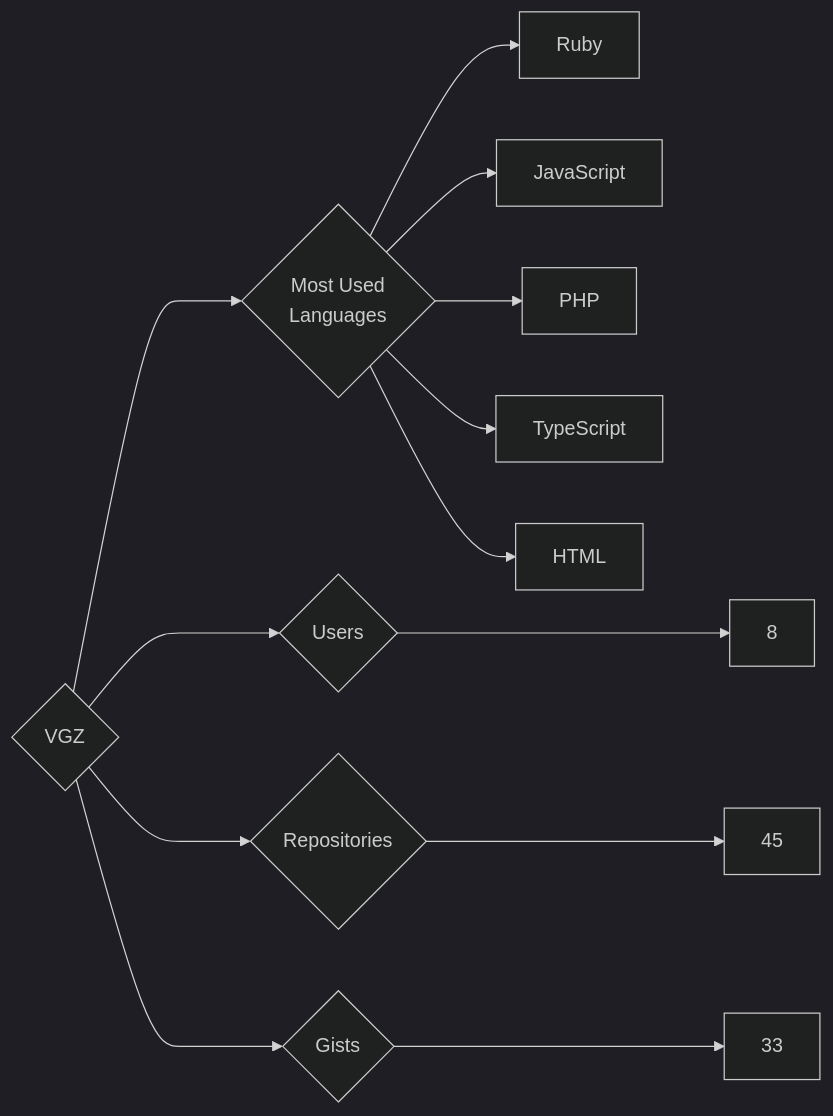
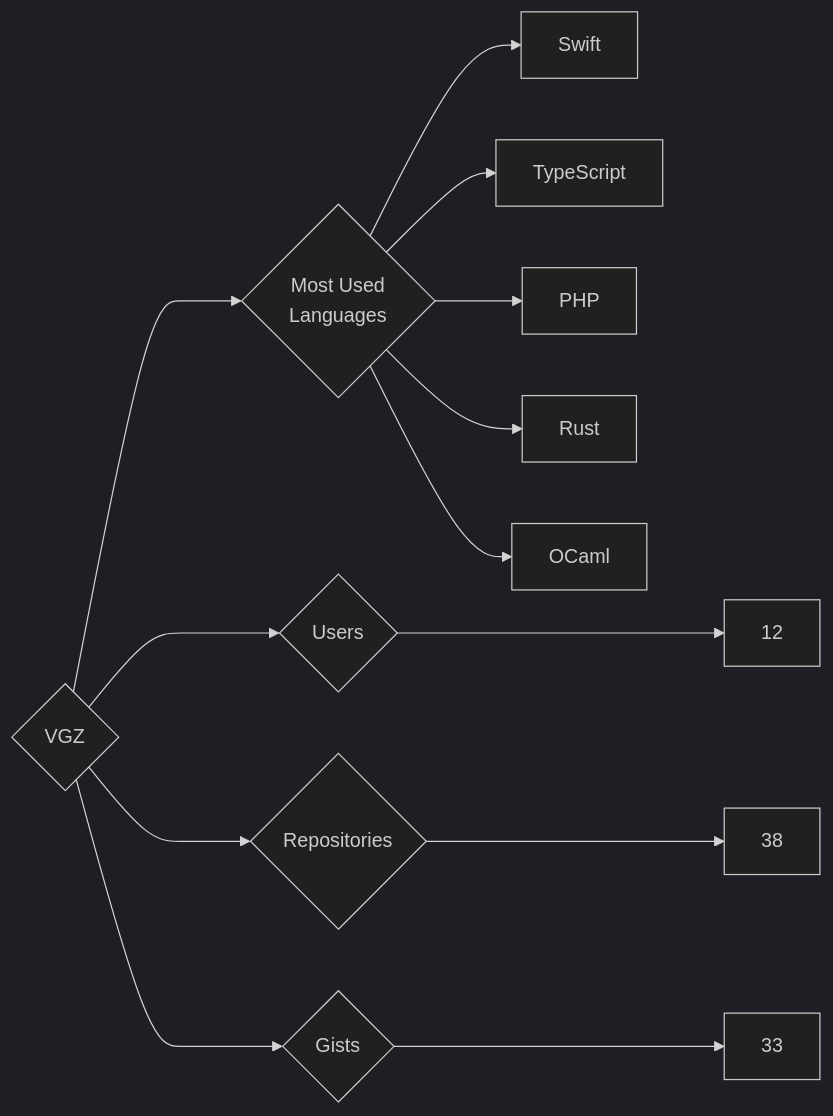
One commit to trickest/insiders changed the diagram in targets/VGZ/README.md. Above: the diagram before and after it, drawn with Mermaid (dark theme). The commit also changed 682 other files, not shown here.

````diff
--- a/targets/VGZ/README.md
+++ b/targets/VGZ/README.md
@@ -3,13 +3,13 @@
 ```mermaid
 graph LR
 COMPANY_NAME{VGZ}
-COMPANY_NAME ---> U{Users} ---> UN[8]
-COMPANY_NAME ---> R{Repositories} ---> RN[45]
+COMPANY_NAME ---> U{Users} ---> UN[12]
+COMPANY_NAME ---> R{Repositories} ---> RN[38]
 COMPANY_NAME ---> G{Gists} ---> GN[33]
 COMPANY_NAME ---> ML{Most Used<br>Languages}
-ML --> Ruby[Ruby]
-ML --> JavaScript[JavaScript]
+ML --> Swift[Swift]
+ML --> TypeScript[TypeScript]
 ML --> PHP[PHP]
-ML --> TypeScript[TypeScript]
-ML --> HTML[HTML]
+ML --> Rust[Rust]
+ML --> OCaml[OCaml]
 ```
````
